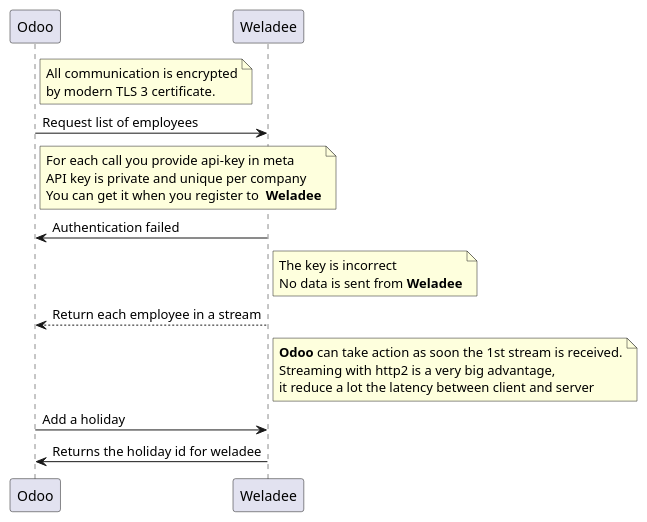
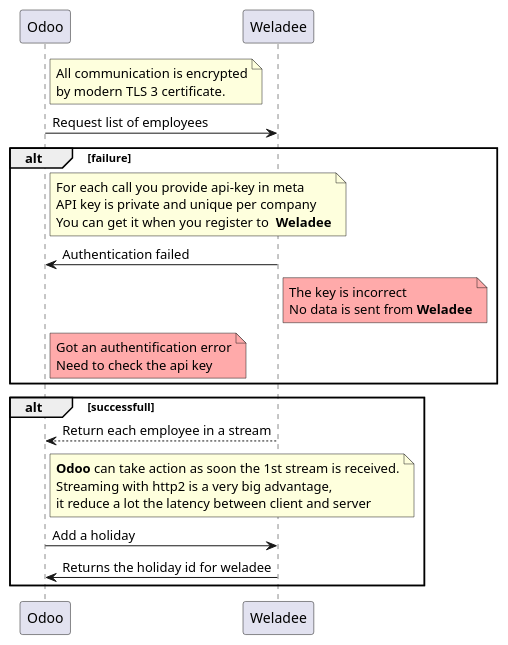
Before and after one commit to Frontware/Weladee-odoo: the diagram in weladee-odoo.puml, drawn with PlantUML. The commit also changed 1 other file, not shown here.

Commit message:
[UPDATE] UML : failure and successful case

```diff
--- a/weladee-odoo.puml
+++ b/weladee-odoo.puml
@@ -3,25 +3,33 @@
 @startuml
 note right Odoo
     All communication is encrypted
     by modern TLS 3 certificate.
 end note
 Odoo -> Weladee: Request list of employees
-note right Odoo
-    For each call you provide api-key in meta
-    API key is private and unique per company
-    You can get it when you register to  **Weladee**
-end note
-Weladee -> Odoo: Authentication failed
-note right Weladee
-    The key is incorrect
-    No data is sent from **Weladee**
-end note
-Weladee --> Odoo: Return each employee in a stream
-note right Weladee
-    **Odoo** can take action as soon the 1st stream is received.
-    Streaming with http2 is a very big advantage,
-    it reduce a lot the latency between client and server
-end note
-Odoo -> Weladee: Add a holiday
-Odoo <- Weladee: Returns the holiday id for weladee
+alt failure
+    note right Odoo
+        For each call you provide api-key in meta
+        API key is private and unique per company
+        You can get it when you register to  **Weladee**
+    end note
+    Weladee -> Odoo: Authentication failed
+    note right Weladee #FFAAAA
+        The key is incorrect
+        No data is sent from **Weladee**
+    end note
+    note right Odoo #FFAAAA
+        Got an authentification error
+        Need to check the api key
+    end note
+end
+alt successfull
+    Weladee --> Odoo: Return each employee in a stream
+    note right Odoo
+        **Odoo** can take action as soon the 1st stream is received.
+        Streaming with http2 is a very big advantage,
+        it reduce a lot the latency between client and server
+    end note
+    Odoo -> Weladee: Add a holiday
+    Odoo <- Weladee: Returns the holiday id for weladee
+end
 @enduml
```
